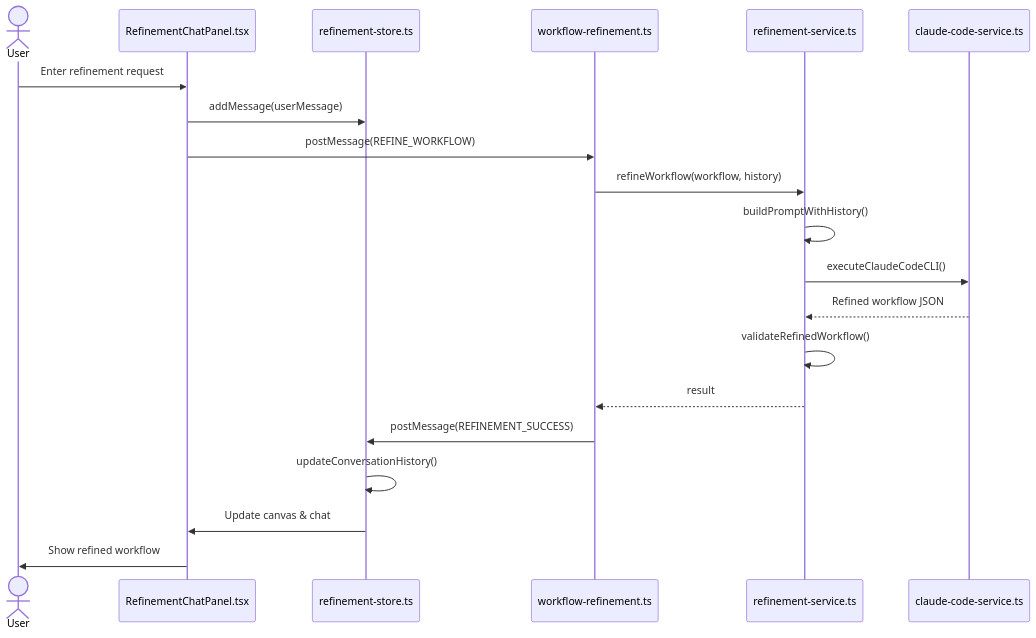
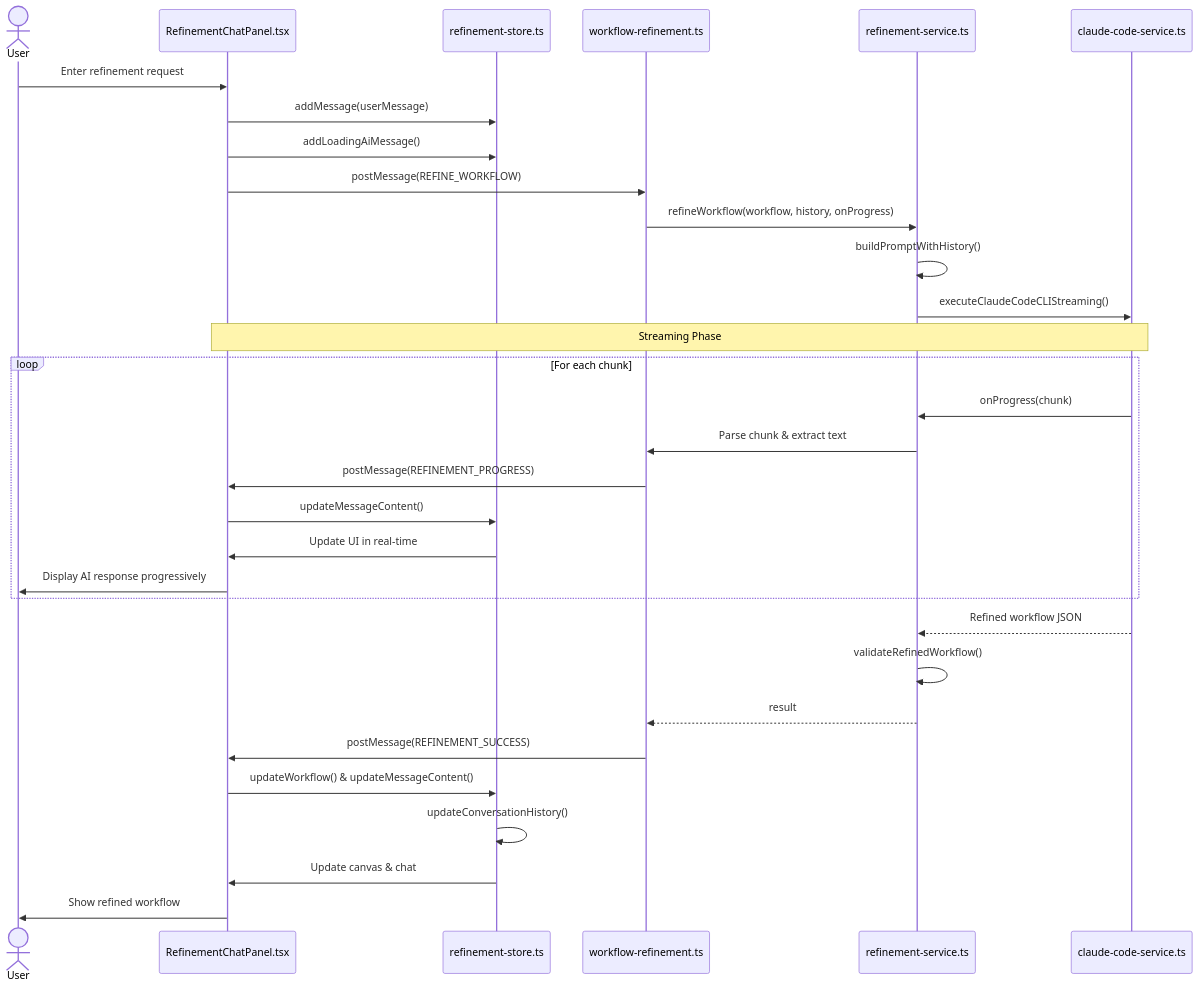
One commit to hobbitTk/cc-wf-studio changed the third of 6 diagrams in CLAUDE.md. Above: the diagram before and after it, drawn with Mermaid. The commit also changed other lines of this file and 16 other files, not shown here.

````diff
--- a/CLAUDE.md
+++ b/CLAUDE.md
@@ -300,23 +266,36 @@
 ```mermaid
 sequenceDiagram
     actor User
     participant Panel as RefinementChatPanel.tsx
     participant Store as refinement-store.ts
     participant Cmd as workflow-refinement.ts
     participant Svc as refinement-service.ts
     participant CLI as claude-code-service.ts
 
     User->>Panel: Enter refinement request
     Panel->>Store: addMessage(userMessage)
+    Panel->>Store: addLoadingAiMessage()
     Panel->>Cmd: postMessage(REFINE_WORKFLOW)
-    Cmd->>Svc: refineWorkflow(workflow, history)
+    Cmd->>Svc: refineWorkflow(workflow, history, onProgress)
     Svc->>Svc: buildPromptWithHistory()
-    Svc->>CLI: executeClaudeCodeCLI()
+    Svc->>CLI: executeClaudeCodeCLIStreaming()
+
+    Note over CLI,Panel: Streaming Phase
+    loop For each chunk
+        CLI->>Svc: onProgress(chunk)
+        Svc->>Cmd: Parse chunk & extract text
+        Cmd->>Panel: postMessage(REFINEMENT_PROGRESS)
+        Panel->>Store: updateMessageContent()
+        Store->>Panel: Update UI in real-time
+        Panel->>User: Display AI response progressively
+    end
+
     CLI-->>Svc: Refined workflow JSON
     Svc->>Svc: validateRefinedWorkflow()
     Svc-->>Cmd: result
-    Cmd->>Store: postMessage(REFINEMENT_SUCCESS)
+    Cmd->>Panel: postMessage(REFINEMENT_SUCCESS)
+    Panel->>Store: updateWorkflow() & updateMessageContent()
     Store->>Store: updateConversationHistory()
     Store->>Panel: Update canvas & chat
     Panel->>User: Show refined workflow
 ```
````
